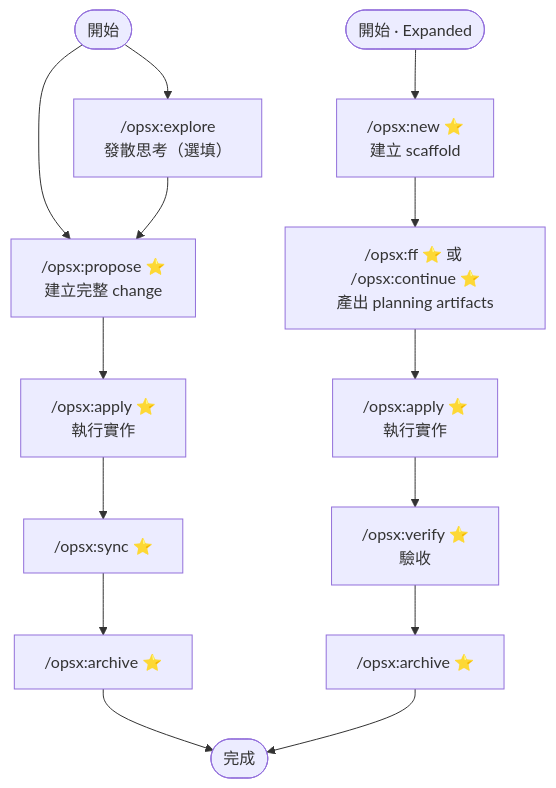
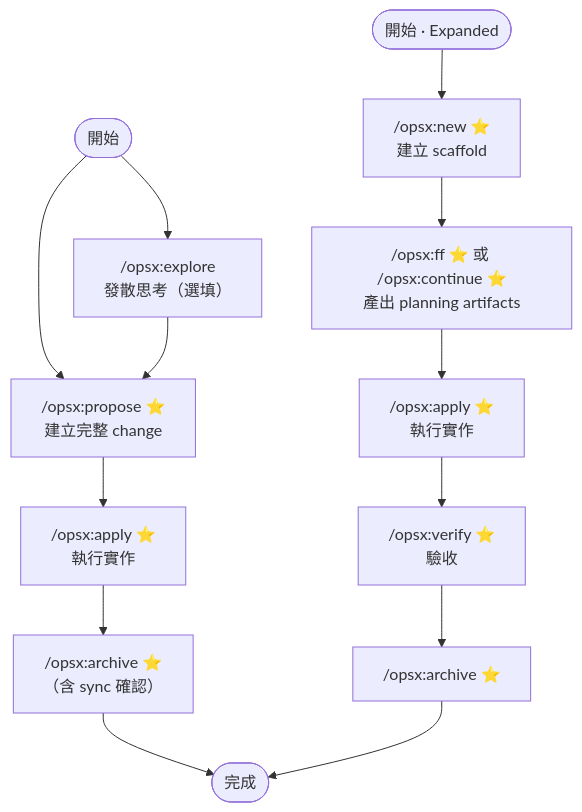
Before and after one commit to lllloo/obsidian-memory: the first of 2 diagrams in content/Cards/OpenSpec-流程.md, drawn with Mermaid. The commit also changed other lines of this file, not shown here.

````diff
--- a/content/Cards/OpenSpec-流程.md
+++ b/content/Cards/OpenSpec-流程.md
@@ -34,17 +34,16 @@
 ```mermaid
 flowchart TD
     Start([開始]) --> EX["/opsx:explore<br/>發散思考（選填）"]
     Start --> PR
     EX --> PR["/opsx:propose ⭐<br/>建立完整 change"]
     PR --> AP1["/opsx:apply ⭐<br/>執行實作"]
-    AP1 --> SY["/opsx:sync ⭐"]
-    SY --> AR1["/opsx:archive ⭐"]
+    AP1 --> AR1["/opsx:archive ⭐<br/>（含 sync 確認）"]
     AR1 --> Done([完成])
 
     Start2([開始 · Expanded]) --> NW["/opsx:new ⭐<br/>建立 scaffold"]
     NW --> FFCT["/opsx:ff ⭐ 或 /opsx:continue ⭐<br/>產出 planning artifacts"]
     FFCT --> AP2["/opsx:apply ⭐<br/>執行實作"]
     AP2 --> VF["/opsx:verify ⭐<br/>驗收"]
     VF --> AR2["/opsx:archive ⭐"]
     AR2 --> Done
 ```
````
